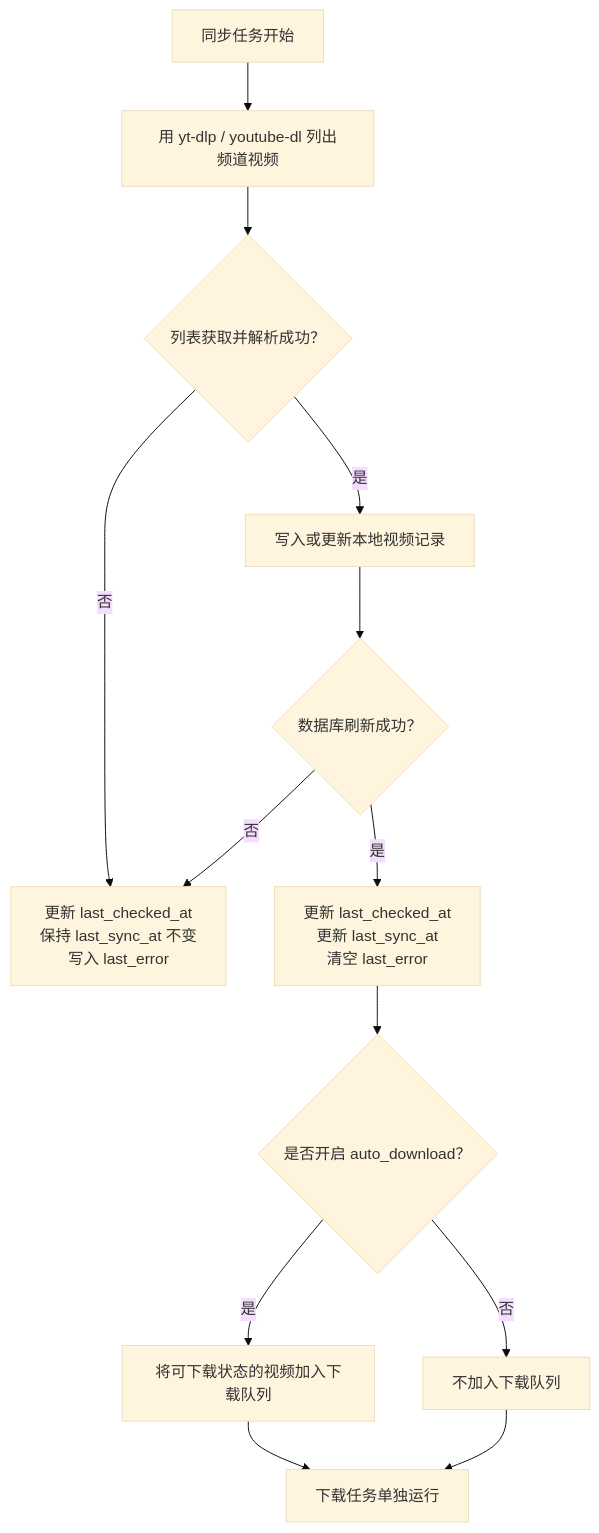
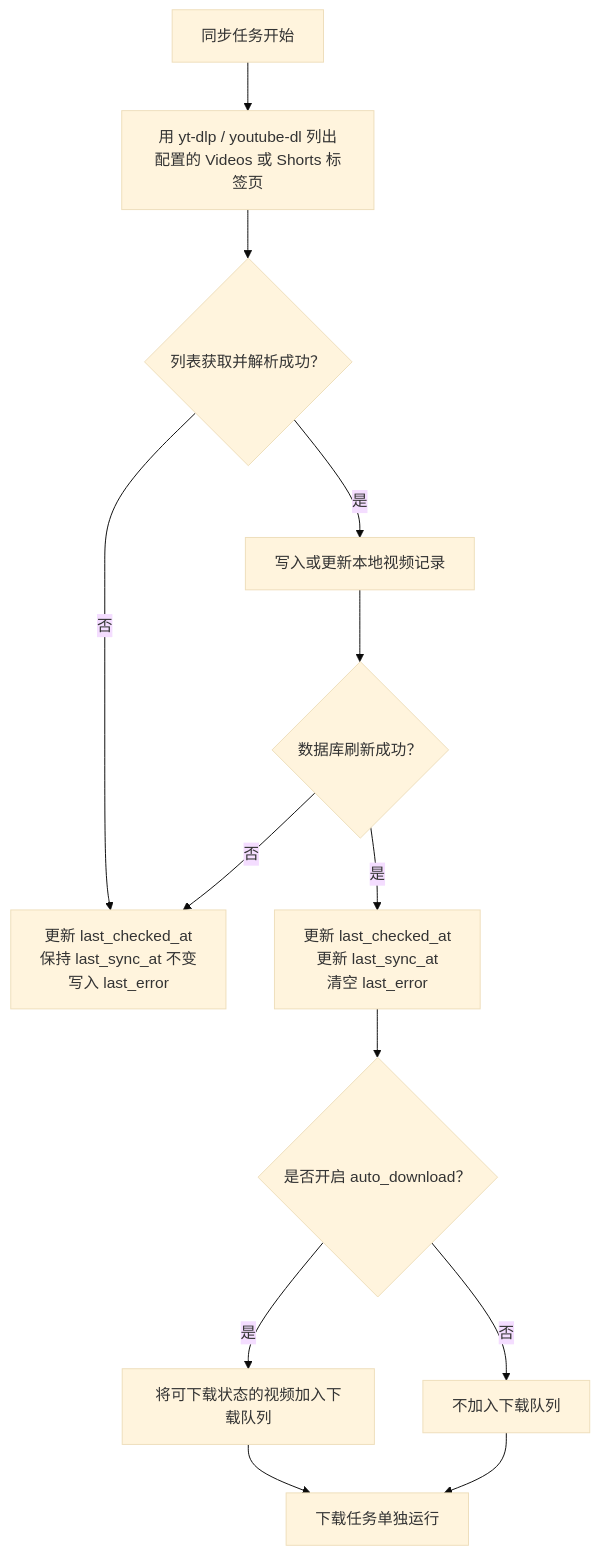
Before and after one commit to Aaron-Cai/video_transporter: the second of 3 diagrams in README.zh-CN.md, drawn with Mermaid (base theme). The commit also changed other lines of this file and 12 other files, not shown here.

````diff
--- a/README.zh-CN.md
+++ b/README.zh-CN.md
@@ -107,19 +110,19 @@
 ```mermaid
 flowchart TD
-    A["同步任务开始"] --> B["用 yt-dlp / youtube-dl 列出频道视频"]
+    A["同步任务开始"] --> B["用 yt-dlp / youtube-dl 列出配置的 Videos 或 Shorts 标签页"]
     B --> C{"列表获取并解析成功？"}
 
     C -->|否| D["更新 last_checked_at\n保持 last_sync_at 不变\n写入 last_error"]
     C -->|是| E["写入或更新本地视频记录"]
     E --> F{"数据库刷新成功？"}
 
     F -->|否| D
     F -->|是| G["更新 last_checked_at\n更新 last_sync_at\n清空 last_error"]
 
     G --> H{"是否开启 auto_download？"}
     H -->|是| I["将可下载状态的视频加入下载队列"]
     H -->|否| J["不加入下载队列"]
 
     I --> K["下载任务单独运行"]
     J --> K
 ```
````
